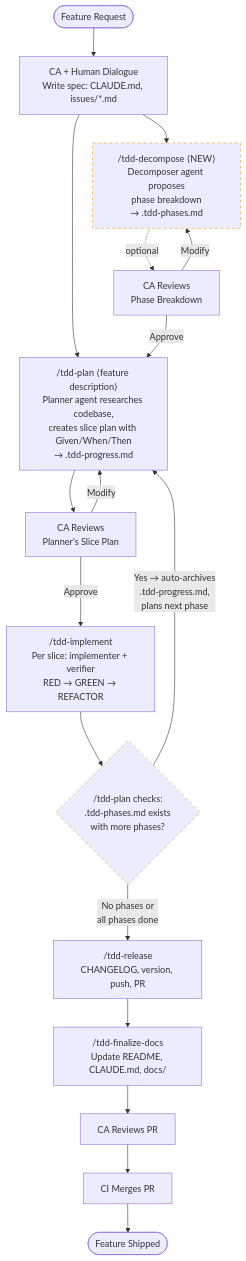
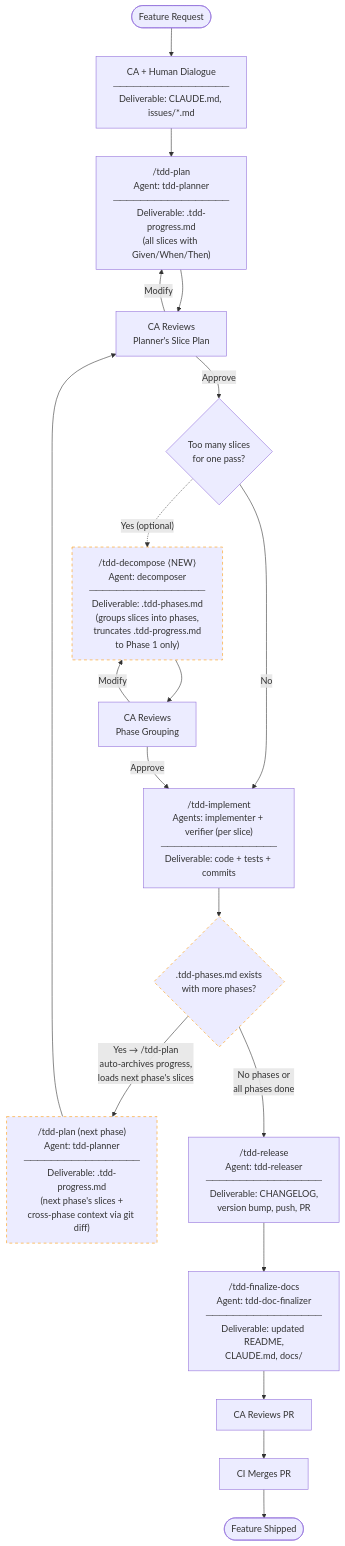
One commit to hugo-bluecorn/claude-code-tdd-workflow changed the first of 6 diagrams in explorations/role-to-agent-analysis/proposed-workflow-diagrams.md. Above: the diagram before and after it, drawn with Mermaid. The commit also changed other lines of this file, not shown here.

First line of the commit message:
docs: fix diagram ordering — /tdd-decompose runs after /tdd-plan

````diff
--- a/explorations/role-to-agent-analysis/proposed-workflow-diagrams.md
+++ b/explorations/role-to-agent-analysis/proposed-workflow-diagrams.md
@@ -28,28 +24,35 @@
 ```mermaid
 flowchart TD
-    START([Feature Request]) --> SPEC[CA + Human Dialogue<br/>Write spec: CLAUDE.md, issues/*.md]
+    START([Feature Request]) --> SPEC["CA + Human Dialogue<br/>─────────────────<br/>Deliverable: CLAUDE.md, issues/*.md"]
 
-    SPEC --> DECOMPOSE["/tdd-decompose ⟨NEW⟩<br/>Decomposer agent proposes<br/>phase breakdown<br/>→ .tdd-phases.md"]
-    SPEC --> PLAN["/tdd-plan ⟨feature description⟩<br/>Planner agent researches codebase,<br/>creates slice plan with Given/When/Then<br/>→ .tdd-progress.md"]
+    SPEC --> PLAN["/tdd-plan<br/>Agent: tdd-planner<br/>─────────────────<br/>Deliverable: .tdd-progress.md<br/>(all slices with Given/When/Then)"]
 
-    DECOMPOSE -.->|optional| CA_PHASES[CA Reviews<br/>Phase Breakdown]
-    CA_PHASES -->|Approve| PLAN
+    PLAN --> CA_REVIEW[CA Reviews<br/>Planner's Slice Plan]
+    CA_REVIEW -->|Approve| DECOMPOSE_CHECK{Too many slices<br/>for one pass?}
+    CA_REVIEW -->|Modify| PLAN
+
+    DECOMPOSE_CHECK -.->|"Yes (optional)"| DECOMPOSE["/tdd-decompose ⟨NEW⟩<br/>Agent: decomposer<br/>─────────────────<br/>Deliverable: .tdd-phases.md<br/>(groups slices into phases,<br/>truncates .tdd-progress.md<br/>to Phase 1 only)"]
+    DECOMPOSE_CHECK -->|No| IMPLEMENT
+
+    DECOMPOSE --> CA_PHASES[CA Reviews<br/>Phase Grouping]
+    CA_PHASES -->|Approve| IMPLEMENT
     CA_PHASES -->|Modify| DECOMPOSE
 
-    PLAN --> CA_REVIEW[CA Reviews<br/>Planner's Slice Plan]
-    CA_REVIEW -->|Approve| IMPLEMENT["/tdd-implement<br/>Per slice: implementer + verifier<br/>RED → GREEN → REFACTOR"]
-    CA_REVIEW -->|Modify| PLAN
+    IMPLEMENT["/tdd-implement<br/>Agents: implementer + verifier (per slice)<br/>─────────────────<br/>Deliverable: code + tests + commits"]
 
-    IMPLEMENT --> PLAN_CHECK{"/tdd-plan checks:<br/>.tdd-phases.md exists<br/>with more phases?"}
+    IMPLEMENT --> PHASE_CHECK{".tdd-phases.md exists<br/>with more phases?"}
 
-    PLAN_CHECK -->|"Yes → auto-archives<br/>.tdd-progress.md,<br/>plans next phase"| PLAN
-    PLAN_CHECK -->|No phases or<br/>all phases done| RELEASE["/tdd-release<br/>CHANGELOG, version, push, PR"]
+    PHASE_CHECK -->|"Yes → /tdd-plan<br/>auto-archives progress,<br/>loads next phase's slices"| PLAN_NEXT["/tdd-plan (next phase)<br/>Agent: tdd-planner<br/>─────────────────<br/>Deliverable: .tdd-progress.md<br/>(next phase's slices +<br/>cross-phase context via git diff)"]
+    PLAN_NEXT --> CA_REVIEW
 
-    RELEASE --> FINALIZE["/tdd-finalize-docs<br/>Update README, CLAUDE.md, docs/"]
+    PHASE_CHECK -->|No phases or<br/>all phases done| RELEASE["/tdd-release<br/>Agent: tdd-releaser<br/>─────────────────<br/>Deliverable: CHANGELOG,<br/>version bump, push, PR"]
+
+    RELEASE --> FINALIZE["/tdd-finalize-docs<br/>Agent: tdd-doc-finalizer<br/>─────────────────<br/>Deliverable: updated README,<br/>CLAUDE.md, docs/"]
     FINALIZE --> CA_PR[CA Reviews PR]
-    CA_PR --> MERGE[CI Merges PR]
+    CA_PR --> MERGE["CI Merges PR"]
     MERGE --> DONE([Feature Shipped])
 
     style DECOMPOSE stroke-dasharray: 5 5,stroke:#f90
-    style PLAN_CHECK stroke-dasharray: 5 5,stroke:#f90
+    style PHASE_CHECK stroke-dasharray: 5 5,stroke:#f90
+    style PLAN_NEXT stroke-dasharray: 5 5,stroke:#f90
 ```
````
